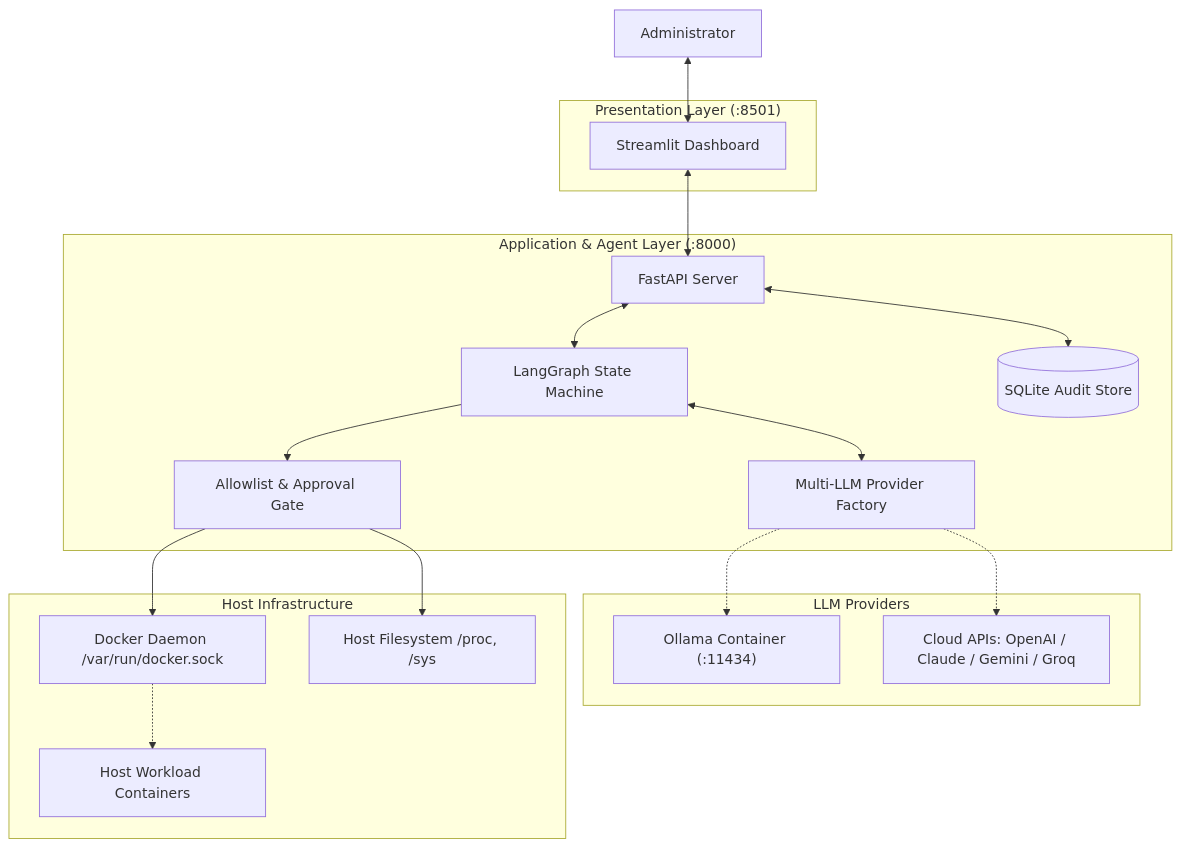
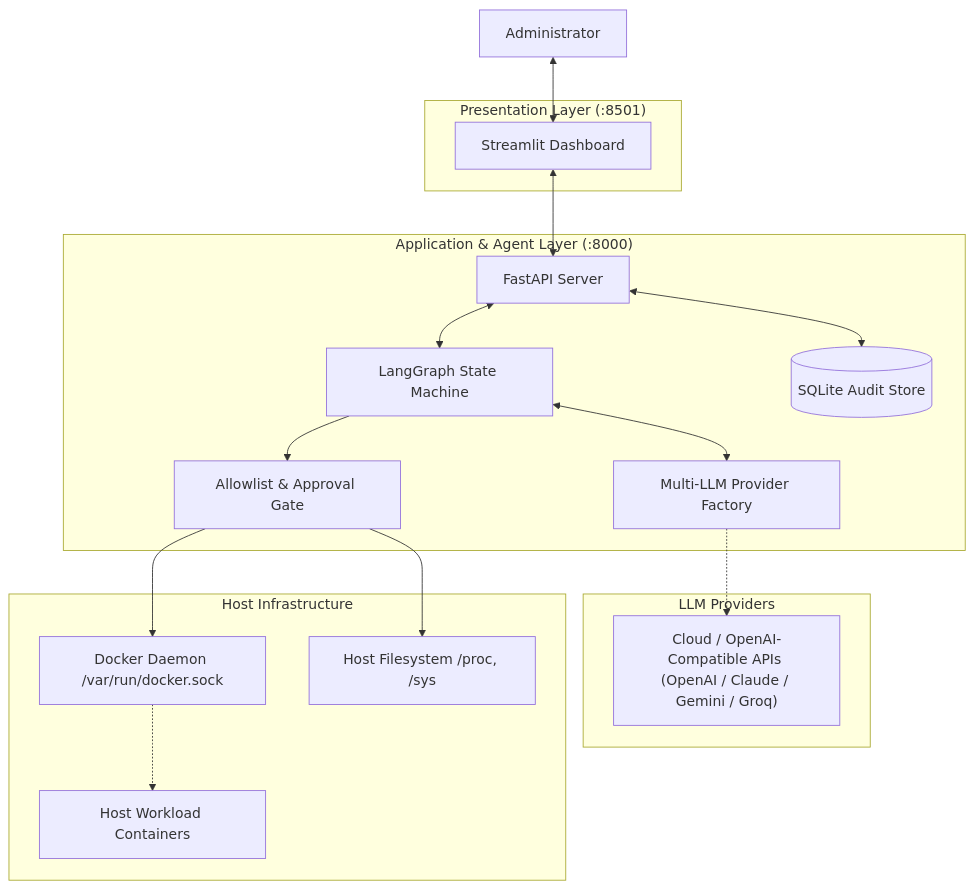
The diagram in README.md (awenmirasol234/sysadmin-ai-agent), drawn with Mermaid before and after one commit. The commit also changed other lines of this file and 7 other files, not shown here.

Commit message:
refactor: remove local Ollama model provider option

````diff
--- a/README.md
+++ b/README.md
@@ -24,39 +24,37 @@
 ```mermaid
 flowchart TB
     ADMIN[Administrator]
 
     subgraph PRESENTATION["Presentation Layer (:8501)"]
         UI[Streamlit Dashboard]
     end
 
     subgraph BACKEND["Application & Agent Layer (:8000)"]
         API[FastAPI Server]
         GRAPH[LangGraph State Machine]
         FACTORY[Multi-LLM Provider Factory]
         SECURITY[Allowlist & Approval Gate]
         DB[(SQLite Audit Store)]
     end
 
     subgraph LLM_PROVIDERS["LLM Providers"]
-        LOCAL_LLM["Ollama Container (:11434)"]
-        CLOUD_LLM["Cloud APIs: OpenAI / Claude / Gemini / Groq"]
+        CLOUD_LLM["Cloud / OpenAI-Compatible APIs (OpenAI / Claude / Gemini / Groq)"]
     end
 
     subgraph INFRA["Host Infrastructure"]
         DOCKER[Docker Daemon /var/run/docker.sock]
         HOST[Host Filesystem /proc, /sys]
         WORKLOADS[Host Workload Containers]
     end
 
     ADMIN <--> UI
     UI <--> API
     API <--> GRAPH
     GRAPH <--> FACTORY
-    FACTORY -.-> LOCAL_LLM
     FACTORY -.-> CLOUD_LLM
     GRAPH --> SECURITY
     SECURITY --> DOCKER
     SECURITY --> HOST
     DOCKER -.-> WORKLOADS
     API <--> DB
 ```
````
